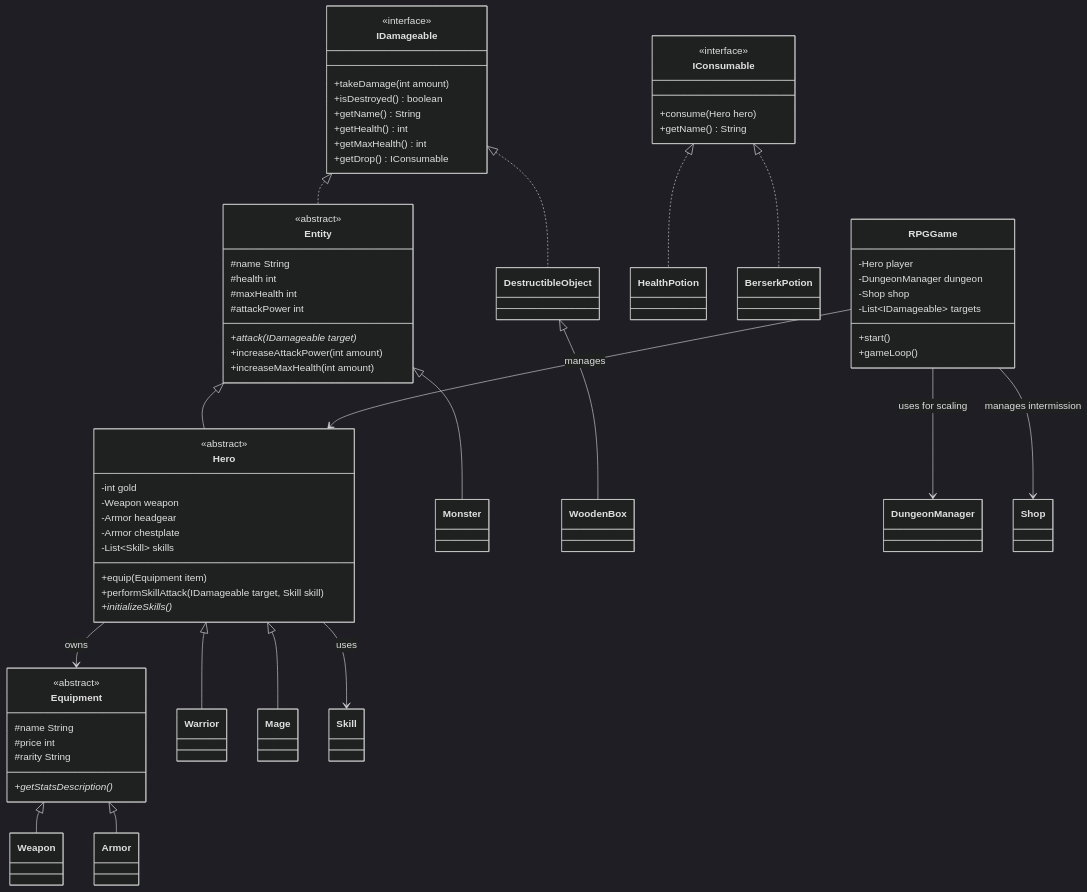
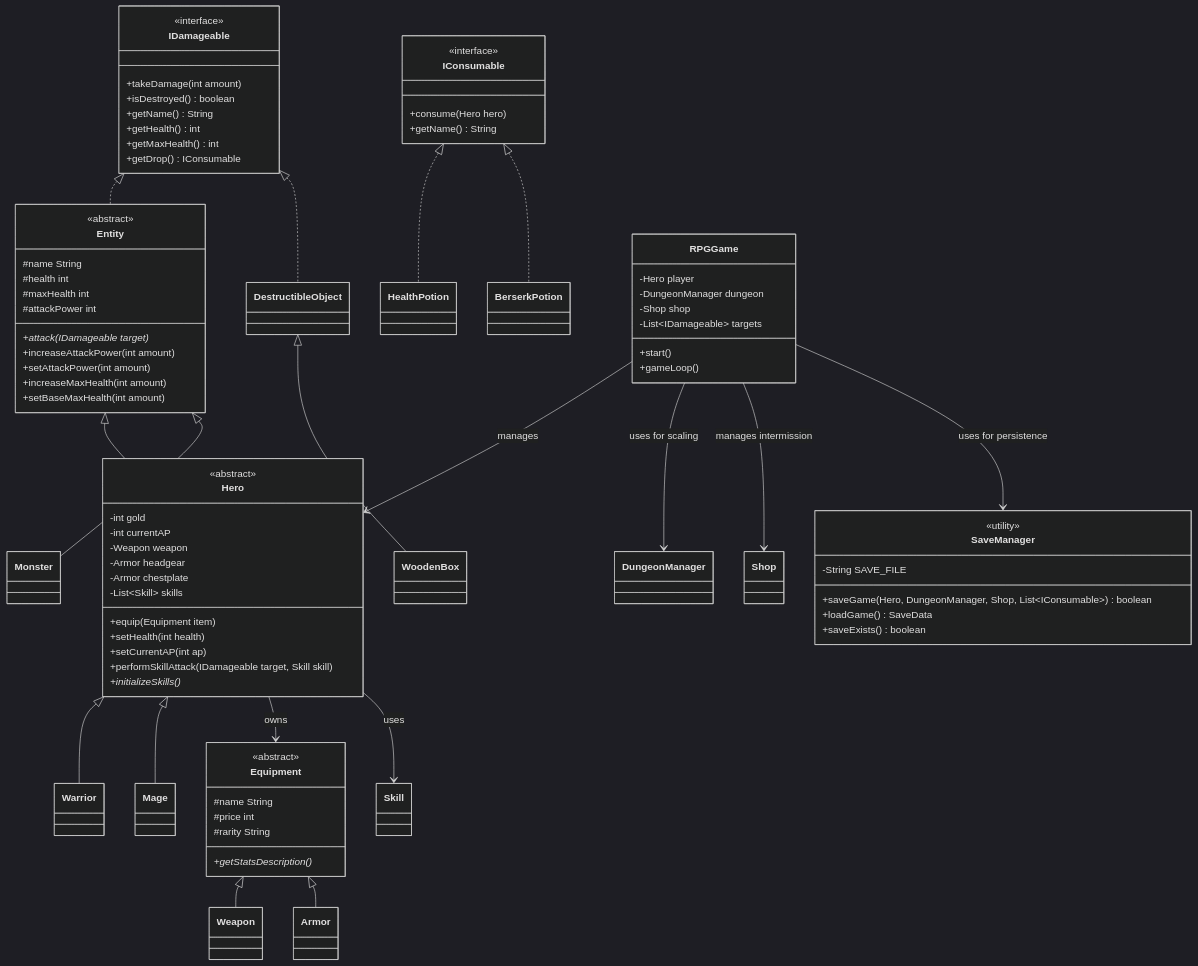
Before and after one commit to WindsurfHUB/OOP_FINAL_PROJECT: the diagram in src/FinalProject/DESIGN_DOCUMENT.md, drawn with Mermaid (dark theme). The commit also changed other lines of this file and 1 other file, not shown here.

Commit message:
update README.md and DESIGN_DOCUMENT.md

````diff
--- a/src/FinalProject/DESIGN_DOCUMENT.md
+++ b/src/FinalProject/DESIGN_DOCUMENT.md
@@ -30,19 +30,32 @@
         #attackPower int
         +attack(IDamageable target)*
         +increaseAttackPower(int amount)
+        +setAttackPower(int amount)
         +increaseMaxHealth(int amount)
+        +setBaseMaxHealth(int amount)
     }
 
     class Hero {
         <<abstract>>
         -int gold
+        -int currentAP
         -Weapon weapon
         -Armor headgear
         -Armor chestplate
         -List~Skill~ skills
         +equip(Equipment item)
+        +setHealth(int health)
+        +setCurrentAP(int ap)
         +performSkillAttack(IDamageable target, Skill skill)
         +initializeSkills()*
+    }
+
+    class SaveManager {
+        <<utility>>
+        -String SAVE_FILE
+        +saveGame(Hero, DungeonManager, Shop, List~IConsumable~) boolean
+        +loadGame() SaveData
+        +saveExists() boolean
     }
 
     class Equipment {
@@ -80,6 +93,7 @@
     RPGGame --> Hero : manages
     RPGGame --> DungeonManager : uses for scaling
     RPGGame --> Shop : manages intermission
+    RPGGame --> SaveManager : uses for persistence
     Hero --> Equipment : owns
     Hero --> Skill : uses
 ```
````
